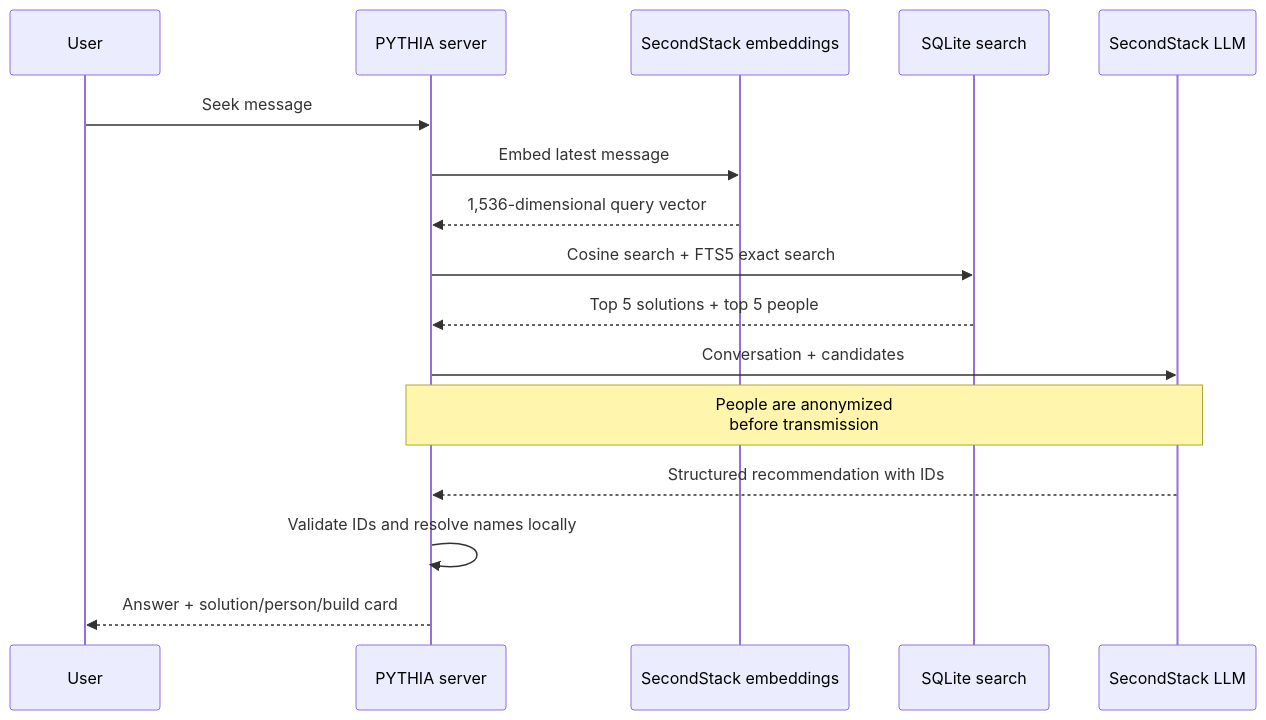
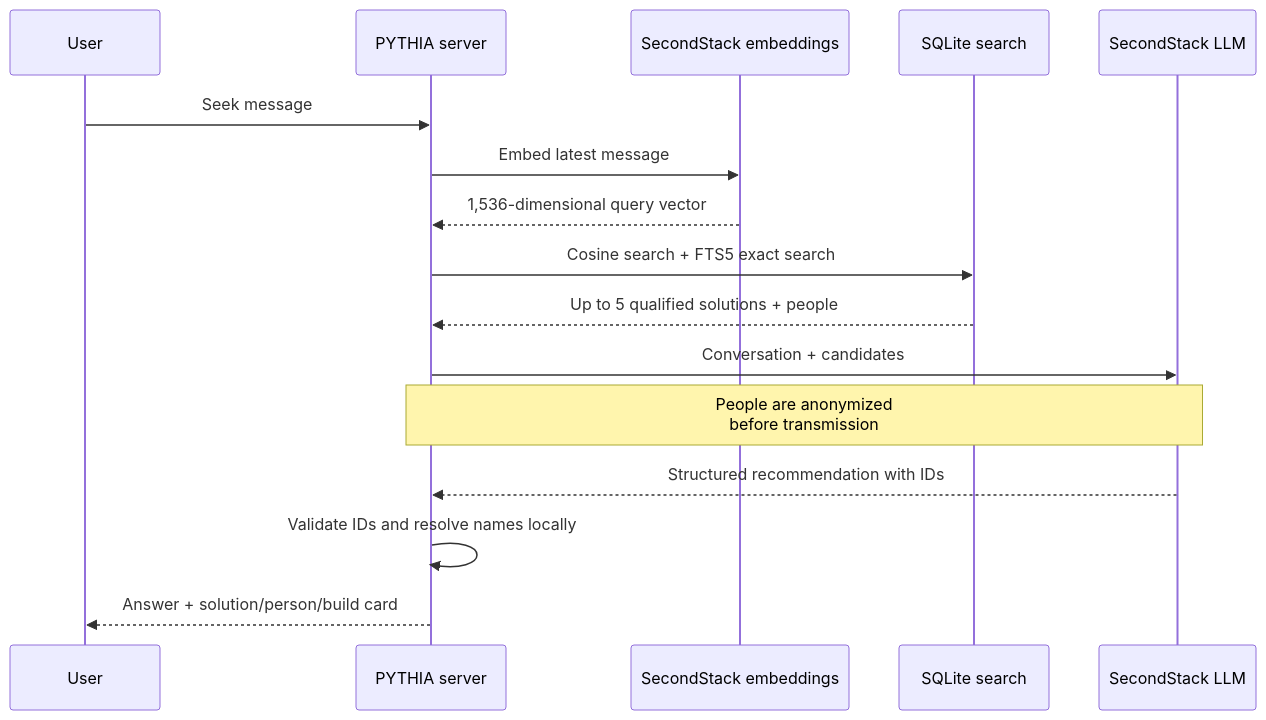
The second of 2 diagrams in Documentation/Architecture/ARCHITECTURE.md (xHKnightx/Odyssey-Hakaton---Out-Of-Scope), drawn with Mermaid before and after one commit. The commit also changed other lines of this file and 6 other files, not shown here.

````diff
--- a/Documentation/Architecture/ARCHITECTURE.md
+++ b/Documentation/Architecture/ARCHITECTURE.md
@@ -69,19 +69,19 @@
 ```mermaid
 sequenceDiagram
   participant U as User
   participant P as PYTHIA server
   participant E as SecondStack embeddings
   participant S as SQLite search
   participant L as SecondStack LLM
 
   U->>P: Seek message
   P->>E: Embed latest message
   E-->>P: 1,536-dimensional query vector
   P->>S: Cosine search + FTS5 exact search
-  S-->>P: Top 5 solutions + top 5 people
+  S-->>P: Up to 5 qualified solutions + people
   P->>L: Conversation + candidates
   Note over P,L: People are anonymized<br/>before transmission
   L-->>P: Structured recommendation with IDs
   P->>P: Validate IDs and resolve names locally
   P-->>U: Answer + solution/person/build card
 ```
````
